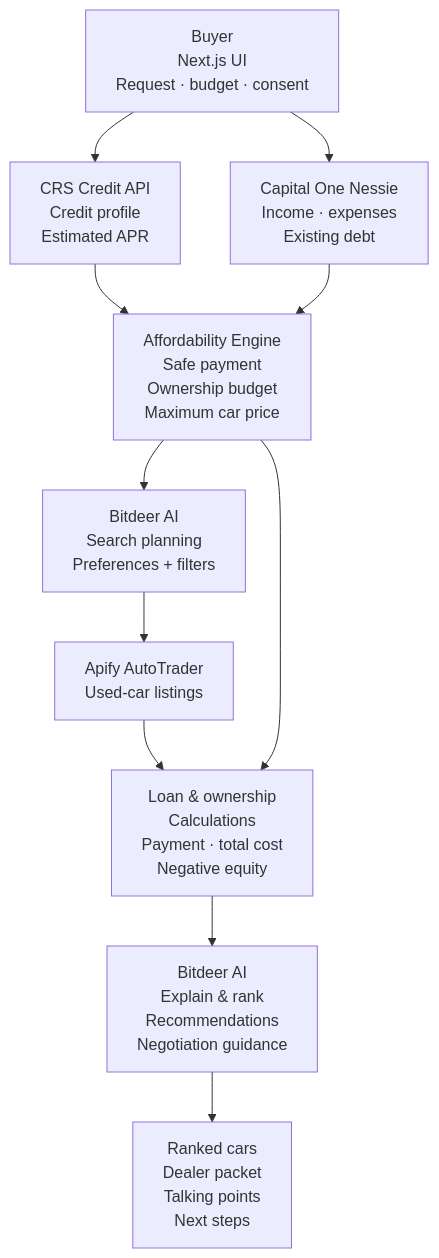
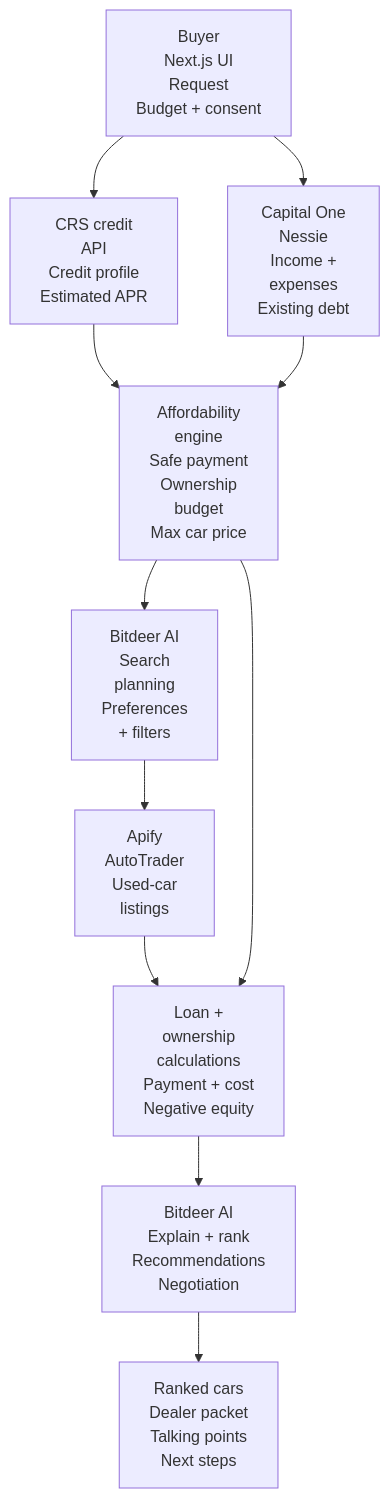
Before and after one commit to aungbbo/second-gear: the diagram in README.md, drawn with Mermaid.

Commit message:
docs: improve workflow diagram readability

````diff
--- a/README.md
+++ b/README.md
@@ -7,23 +7,23 @@
 ```mermaid
 flowchart TD
-    A["Buyer<br/>Next.js UI<br/>Request · budget · consent"]
-    B["CRS Credit API<br/>Credit profile<br/>Estimated APR"]
-    C["Capital One Nessie<br/>Income · expenses<br/>Existing debt"]
-    D["Affordability Engine<br/>Safe payment<br/>Ownership budget<br/>Maximum car price"]
-    E["Bitdeer AI<br/>Search planning<br/>Preferences + filters"]
-    F["Apify AutoTrader<br/>Used-car listings"]
-    G["Loan & ownership<br/>Calculations<br/>Payment · total cost<br/>Negative equity"]
-    H["Bitdeer AI<br/>Explain & rank<br/>Recommendations<br/>Negotiation guidance"]
+    A["Buyer<br/>Next.js UI<br/>Request<br/>Budget + consent"]
+    B["CRS credit<br/>API<br/>Credit profile<br/>Estimated APR"]
+    C["Capital One<br/>Nessie<br/>Income +<br/>expenses<br/>Existing debt"]
+    D["Affordability<br/>engine<br/>Safe payment<br/>Ownership<br/>budget<br/>Max car price"]
+    E["Bitdeer AI<br/>Search<br/>planning<br/>Preferences<br/>+ filters"]
+    F["Apify<br/>AutoTrader<br/>Used-car<br/>listings"]
+    G["Loan +<br/>ownership<br/>calculations<br/>Payment + cost<br/>Negative equity"]
+    H["Bitdeer AI<br/>Explain + rank<br/>Recommendations<br/>Negotiation"]
     I["Ranked cars<br/>Dealer packet<br/>Talking points<br/>Next steps"]
 
     A --> B
     A --> C
     B --> D
     C --> D
     D --> E
     E --> F
     F --> G
     D --> G
     G --> H
     H --> I
 ```
````
